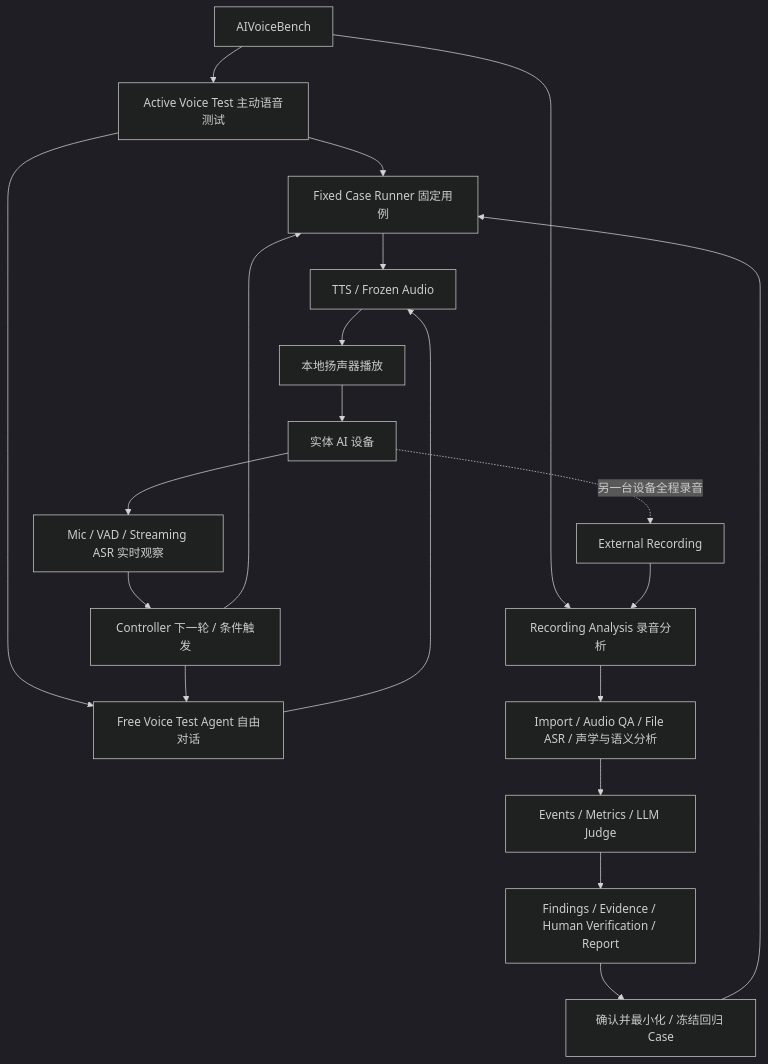
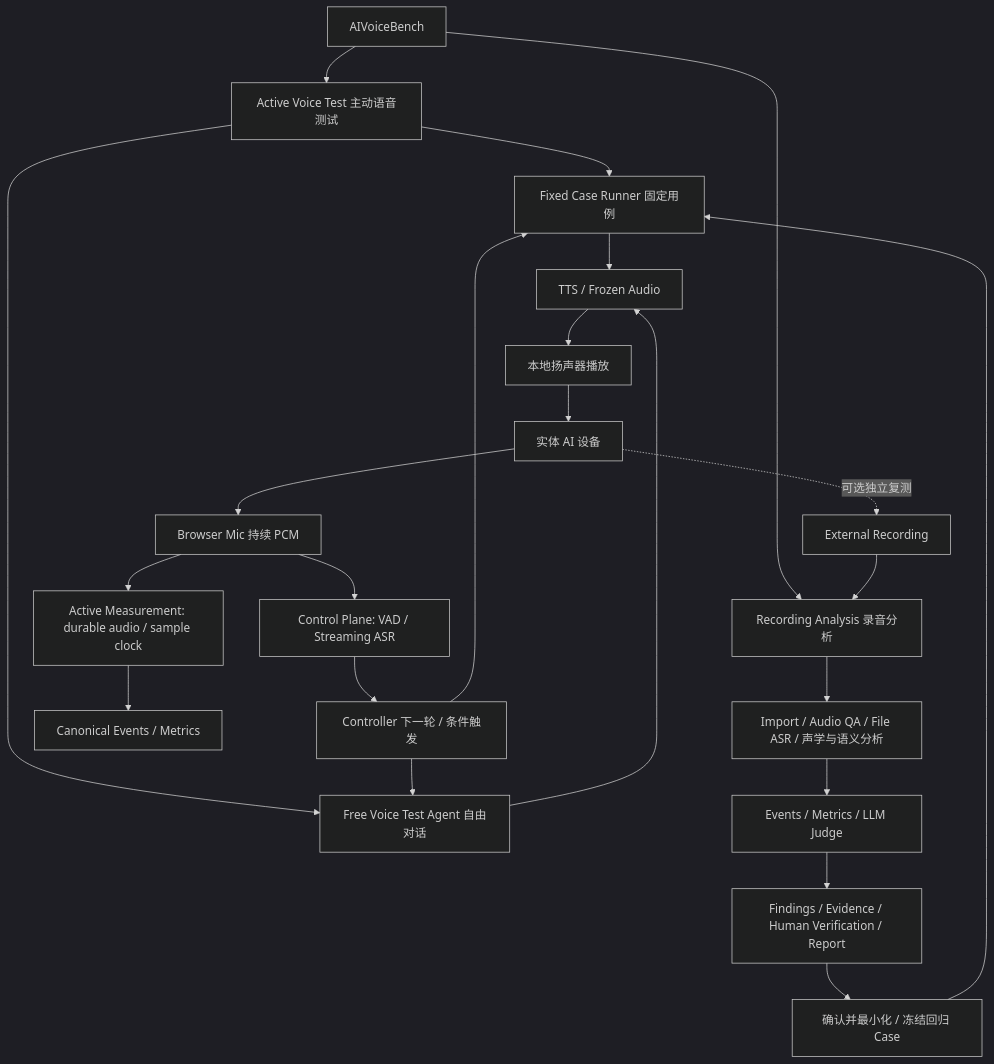
Before and after one commit to lybym/AIVoiceBench: the diagram in docs/PRD.md, drawn with Mermaid (dark theme). The commit also changed other lines of this file and 23 other files, not shown here.

````diff
--- a/docs/PRD.md
+++ b/docs/PRD.md
@@ -55,22 +55,25 @@
 ```mermaid
 flowchart TD
   P[AIVoiceBench] --> A[Active Voice Test 主动语音测试]
   P --> R[Recording Analysis 录音分析]
   A --> F[Fixed Case Runner 固定用例]
   A --> G[Free Voice Test Agent 自由对话]
   F --> T[TTS / Frozen Audio]
   G --> T
   T --> S[本地扬声器播放]
   S --> D[实体 AI 设备]
-  D --> O[Mic / VAD / Streaming ASR 实时观察]
-  O --> C[Controller 下一轮 / 条件触发]
+  D --> O[Browser Mic 持续 PCM]
+  O --> C1[Control Plane: VAD / Streaming ASR]
+  O --> AM[Active Measurement: durable audio / sample clock]
+  C1 --> C[Controller 下一轮 / 条件触发]
+  AM --> AE[Canonical Events / Metrics]
   C --> F
   C --> G
-  D -. 另一台设备全程录音 .-> E[External Recording]
+  D -. 可选独立复测 .-> E[External Recording]
   E --> R
   R --> I[Import / Audio QA / File ASR / 声学与语义分析]
   I --> J[Events / Metrics / LLM Judge]
   J --> Q[Findings / Evidence / Human Verification / Report]
   Q --> K[确认并最小化 / 冻结回归 Case]
   K --> F
 ```
````
